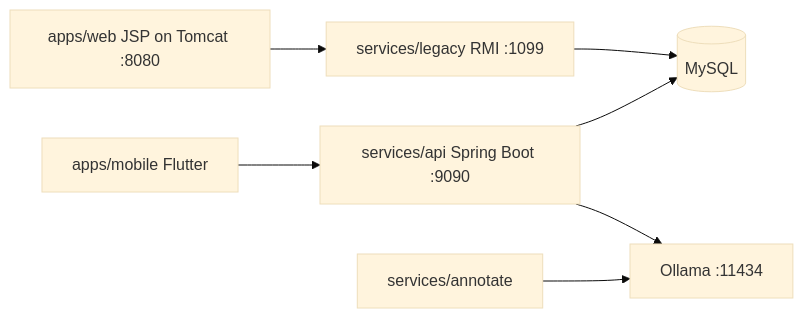
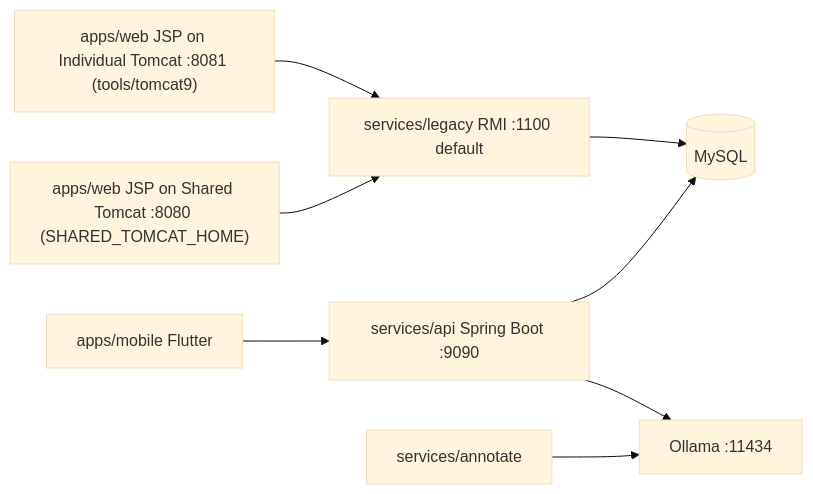
Before and after one commit to mdosthi/M-Dosthi-Codebase: the diagram in docs/architecture.md, drawn with Mermaid (base theme). The commit also changed other lines of this file and 2469 other files, not shown here.

````diff
--- a/docs/architecture.md
+++ b/docs/architecture.md
@@ -3,9 +3,10 @@
 ```mermaid
 flowchart LR
-    Web[apps/web JSP on Tomcat :8080] --> BL[services/legacy RMI :1099]
+    WebInd["apps/web JSP on Individual Tomcat :8081 (tools/tomcat9)"] --> BL["services/legacy RMI :1100 default"]
+    WebShared["apps/web JSP on Shared Tomcat :8080 (SHARED_TOMCAT_HOME)"] --> BL
     BL --> DB[(MySQL)]
     Mobile[apps/mobile Flutter] --> API[services/api Spring Boot :9090]
     API --> DB
     API --> Ollama[Ollama :11434]
     Annotate[services/annotate] --> Ollama
 ```
````
